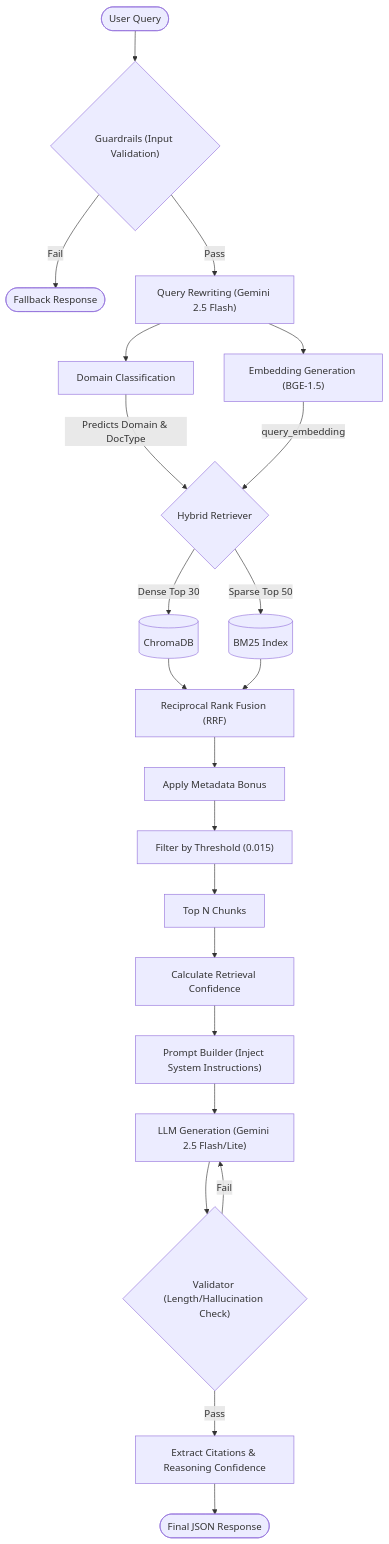
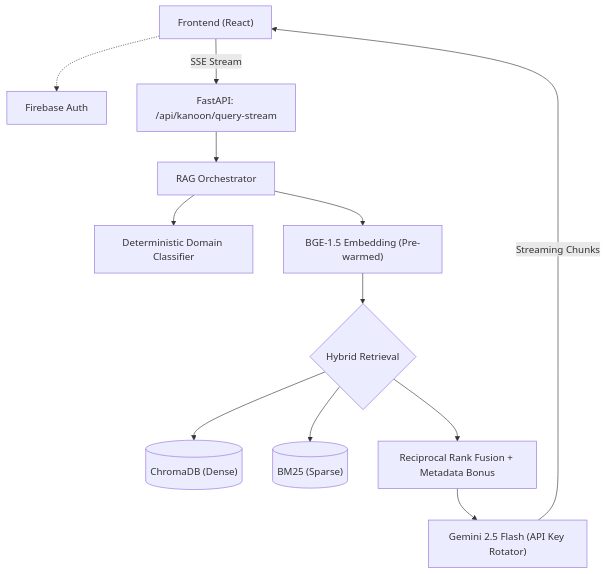
One commit to AnshDarji/OOSC_4.0-AI_SLAYERS changed the diagram in README.md. Above: the diagram before and after it, drawn with Mermaid. The commit also changed other lines of this file and 39 other files, not shown here.

````diff
--- a/README.md
+++ b/README.md
@@ -106,32 +75,18 @@
 ```mermaid
 flowchart TD
-    A(["User Query"]) --> B{"Guardrails (Input Validation)"}
-    B -- "Fail" --> C(["Fallback Response"])
-    B -- "Pass" --> D["Query Rewriting (Gemini 2.5 Flash)"]
+    UI["Frontend (React)"] -.-> FAuth["Firebase Auth"]
+    UI -- "SSE Stream" --> Routes["FastAPI: /api/kanoon/query-stream"]
     
-    D --> E["Domain Classification"]
-    E -->|Predicts Domain & DocType| F
+    Routes --> RAG["RAG Orchestrator"]
+    RAG --> Regex["Deterministic Domain Classifier"]
+    RAG --> Embedder["BGE-1.5 Embedding (Pre-warmed)"]
     
-    D --> G["Embedding Generation (BGE-1.5)"]
-    G -->|query_embedding| F
+    Embedder --> Hybrid{"Hybrid Retrieval"}
+    Hybrid --> Chroma[("ChromaDB (Dense)")]
+    Hybrid --> BM25[("BM25 (Sparse)")]
     
-    F{"Hybrid Retriever"}
-    F -->|Dense Top 30| H[("ChromaDB")]
-    F -->|Sparse Top 50| I[("BM25 Index")]
+    Hybrid --> RRF["Reciprocal Rank Fusion + Metadata Bonus"]
+    RRF --> LLM["Gemini 2.5 Flash (API Key Rotator)"]
     
-    H --> J["Reciprocal Rank Fusion (RRF)"]
-    I --> J
-    
-    J --> K["Apply Metadata Bonus"]
-    K --> L["Filter by Threshold (0.015)"]
-    L --> M["Top N Chunks"]
-    
-    M --> N["Calculate Retrieval Confidence"]
-    N --> O["Prompt Builder (Inject System Instructions)"]
-    
-    O --> P["LLM Generation (Gemini 2.5 Flash/Lite)"]
-    P --> Q{"Validator (Length/Hallucination Check)"}
-    Q -- "Fail" --> P
-    Q -- "Pass" --> R["Extract Citations & Reasoning Confidence"]
-    R --> S(["Final JSON Response"])
+    LLM -- "Streaming Chunks" --> UI
 ```
````
